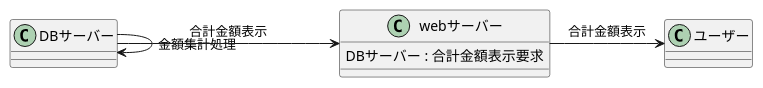
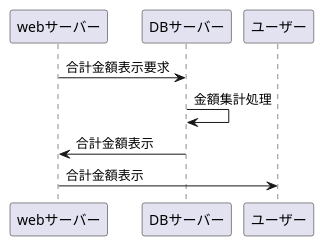
One commit to Aso2001406/2021sys-design changed the diagram in gyoumuflow3.md. Above: the diagram before and after it, drawn with PlantUML.

````diff
--- a/gyoumuflow3.md
+++ b/gyoumuflow3.md
@@ -1,8 +1,8 @@
 ```uml
 @startuml
-webサーバー : DBサーバー : 合計金額表示要求
+webサーバー -> DBサーバー : 合計金額表示要求
 DBサーバー -> DBサーバー : 金額集計処理
 DBサーバー -> webサーバー : 合計金額表示
 webサーバー -> ユーザー : 合計金額表示
 @enduml
 ```
````
